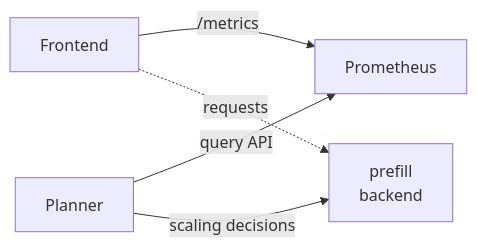
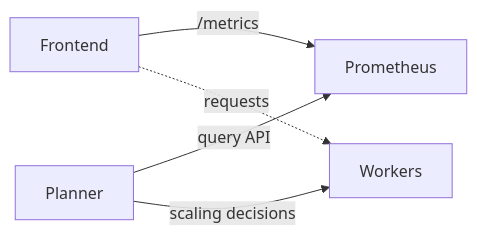
The diagram in docs/kubernetes/sla_planner_deployment.md (wxsms/dynamo), drawn with Mermaid before and after one commit. The commit also changed other lines of this file and 12 other files, not shown here.

````diff
--- a/docs/kubernetes/sla_planner_deployment.md
+++ b/docs/kubernetes/sla_planner_deployment.md
@@ -18,7 +18,7 @@
 ```mermaid
 flowchart LR
   Frontend --"/metrics"--> Prometheus
   Planner --"query API"--> Prometheus
-  Planner --"scaling decisions"--> Workers["prefill<br/>backend"]
+  Planner --"scaling decisions"--> Workers
   Frontend -.->|"requests"| Workers
 ```
````
